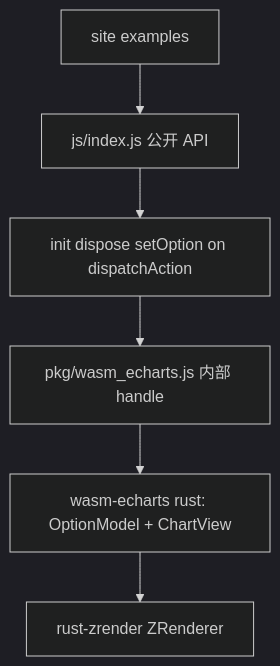
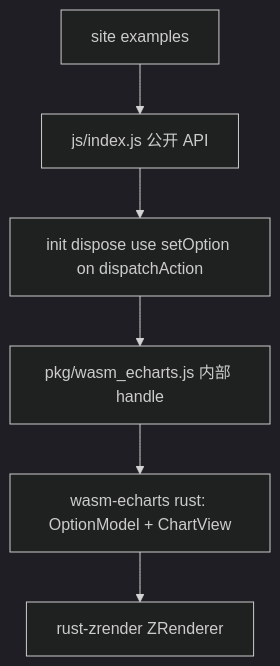
One commit to shenjunjian/wasm-echarts changed the diagram in .cursor/plans/wasm-echarts_api_对齐_1d164d7d.plan.md. Above: the diagram before and after it, drawn with Mermaid (dark theme). The commit also changed other lines of this file, not shown here.

````diff
--- a/.cursor/plans/wasm-echarts_api_对齐_1d164d7d.plan.md
+++ b/.cursor/plans/wasm-echarts_api_对齐_1d164d7d.plan.md
@@ -52,8 +56,8 @@
 ```mermaid
 flowchart TB
   site["site examples"] --> facade["js/index.js 公开 API"]
-  facade --> core["init dispose setOption on dispatchAction"]
+  facade --> core["init dispose use setOption on dispatchAction"]
   core --> native["pkg/wasm_echarts.js 内部 handle"]
   native --> rust["wasm-echarts rust: OptionModel + ChartView"]
   rust --> zr["rust-zrender ZRenderer"]
 ```
````
